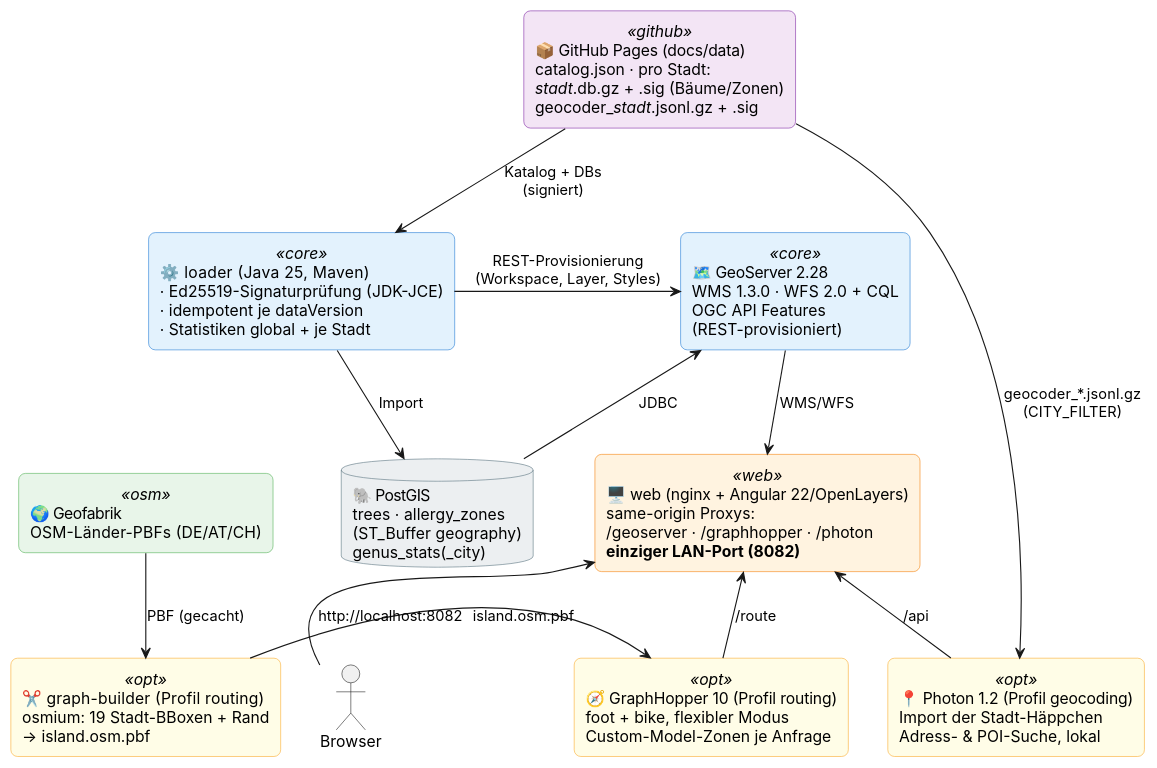
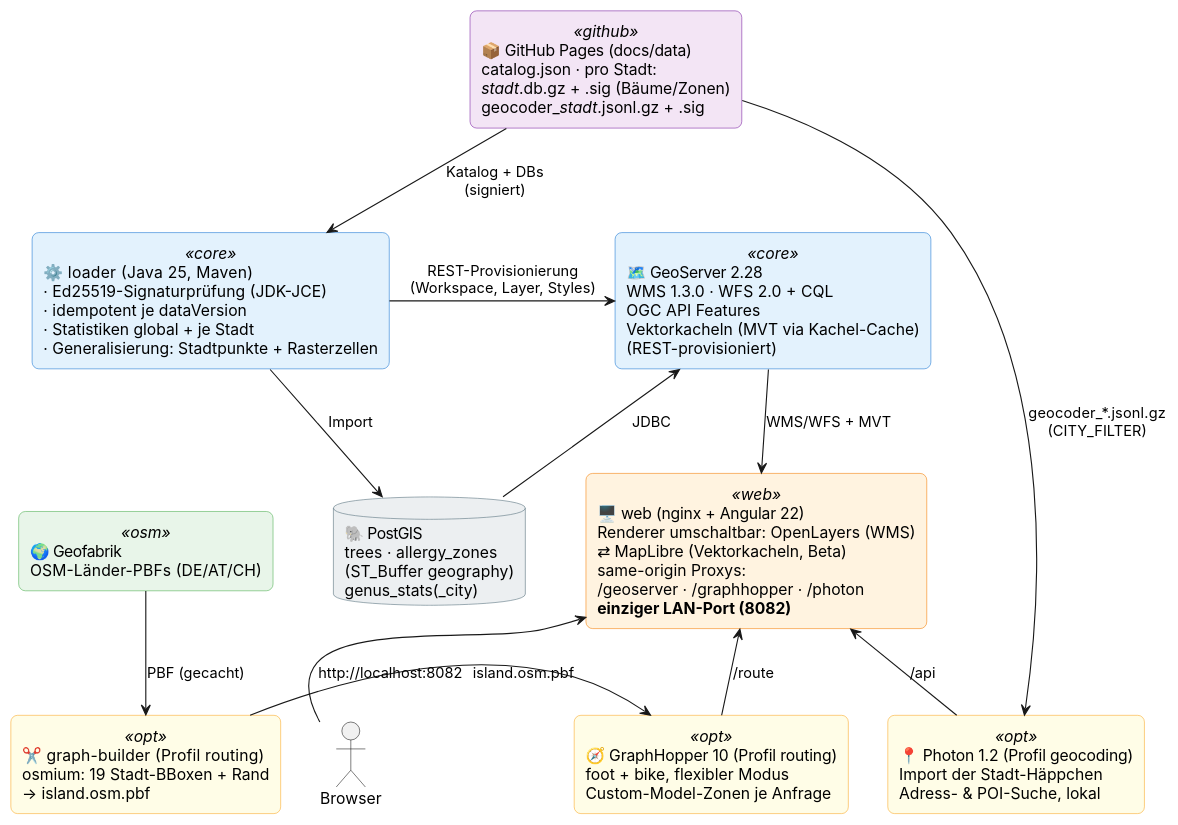
Before and after one commit to matthili/BaumRadar: the diagram in docs/architecture/08_webgis_architecture.puml, drawn with PlantUML. The commit also changed 21 other files, not shown here.

Commit message:
The BaumRadar WebGIS documentation is now up to date and also includes the MapLibre version.

```diff
--- a/docs/architecture/08_webgis_architecture.puml
+++ b/docs/architecture/08_webgis_architecture.puml
@@ -1,58 +1,58 @@
 @startuml
 skinparam backgroundColor #FFFFFF
 skinparam componentStyle rectangle
 skinparam shadowing false
 skinparam defaultFontName Inter
 skinparam roundCorner 12
 
 <style>
 root {
   padding 8;
 }
 </style>
 
 skinparam rectangleFontColor black
 skinparam databaseFontColor black
 skinparam databaseBackgroundColor #ECEFF1
 skinparam databaseBorderColor #546E7A
 
 skinparam rectangle {
   BackgroundColor<<github>> #F3E5F5
   BorderColor<<github>> #7B1FA2
   BackgroundColor<<osm>> #E8F5E9
   BorderColor<<osm>> #4CAF50
   BackgroundColor<<core>> #E3F2FD
   BorderColor<<core>> #1976D2
   BackgroundColor<<web>> #FFF3E0
   BorderColor<<web>> #F57C00
   BackgroundColor<<opt>> #FFFDE7
   BorderColor<<opt>> #F9A825
 }
 
 rectangle "📦  GitHub Pages (docs/data)\ncatalog.json · pro Stadt:\n<i>stadt</i>.db.gz + .sig (Bäume/Zonen)\ngeocoder_<i>stadt</i>.jsonl.gz + .sig" as GH <<github>>
 rectangle "🌍  Geofabrik\nOSM-Länder-PBFs (DE/AT/CH)" as OSM <<osm>>
 
-rectangle "⚙️  loader (Java 25, Maven)\n· Ed25519-Signaturprüfung (JDK-JCE)\n· idempotent je dataVersion\n· Statistiken global + je Stadt" as Loader <<core>>
+rectangle "⚙️  loader (Java 25, Maven)\n· Ed25519-Signaturprüfung (JDK-JCE)\n· idempotent je dataVersion\n· Statistiken global + je Stadt\n· Generalisierung: Stadtpunkte + Rasterzellen" as Loader <<core>>
 database "🐘  PostGIS\ntrees · allergy_zones\n(ST_Buffer geography)\ngenus_stats(_city)" as PG
-rectangle "🗺️  GeoServer 2.28\nWMS 1.3.0 · WFS 2.0 + CQL\nOGC API Features\n(REST-provisioniert)" as GS <<core>>
+rectangle "🗺️  GeoServer 2.28\nWMS 1.3.0 · WFS 2.0 + CQL\nOGC API Features\nVektorkacheln (MVT via Kachel-Cache)\n(REST-provisioniert)" as GS <<core>>
 
-rectangle "🖥️  web (nginx + Angular 22/OpenLayers)\nsame-origin Proxys:\n/geoserver · /graphhopper · /photon\n<b>einziger LAN-Port (8082)</b>" as Web <<web>>
+rectangle "🖥️  web (nginx + Angular 22)\nRenderer umschaltbar: OpenLayers (WMS)\n⇄ MapLibre (Vektorkacheln, Beta)\nsame-origin Proxys:\n/geoserver · /graphhopper · /photon\n<b>einziger LAN-Port (8082)</b>" as Web <<web>>
 
 rectangle "✂️  graph-builder (Profil routing)\nosmium: 19 Stadt-BBoxen + Rand\n→ island.osm.pbf" as GB <<opt>>
 rectangle "🧭  GraphHopper 10 (Profil routing)\nfoot + bike, flexibler Modus\nCustom-Model-Zonen je Anfrage" as GHopper <<opt>>
 rectangle "📍  Photon 1.2 (Profil geocoding)\nImport der Stadt-Häppchen\nAdress- & POI-Suche, lokal" as Photon <<opt>>
 
 actor "Browser" as User
 
 GH -down-> Loader : Katalog + DBs\n(signiert)
 Loader -down-> PG : Import
 Loader -right-> GS : REST-Provisionierung\n(Workspace, Layer, Styles)
 PG -up-> GS : JDBC
 GH -down-> Photon : geocoder_*.jsonl.gz\n(CITY_FILTER)
 OSM -down-> GB : PBF (gecacht)
 GB -right-> GHopper : island.osm.pbf
-GS -down-> Web : WMS/WFS
+GS -down-> Web : WMS/WFS + MVT
 GHopper -up-> Web : /route
 Photon -up-> Web : /api
 User -up-> Web : http://localhost:8082
 @enduml
```
